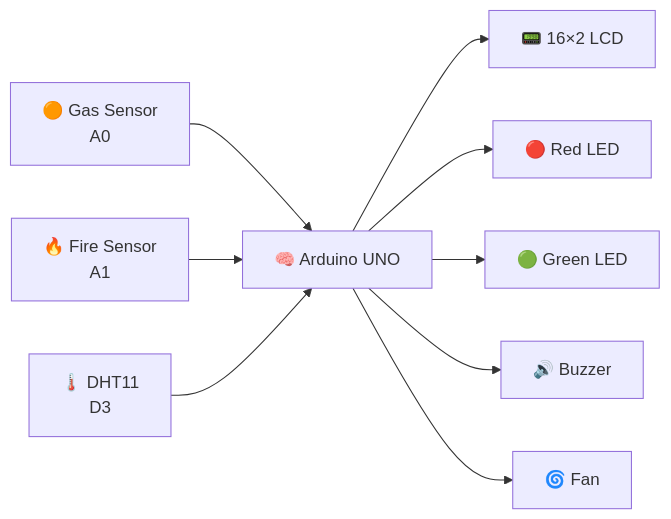
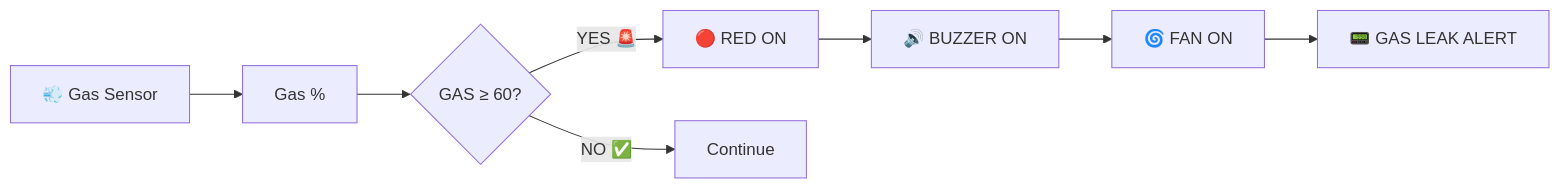
One commit to AkashAnnamalai/Kitchen-Monitoring-Systems changed the fourth of 16 diagrams in README.md. Above: the diagram before and after it, drawn with Mermaid. The commit also changed other lines of this file, not shown here.

````diff
--- a/README.md
+++ b/README.md
@@ -171,25 +223,12 @@
 ```mermaid
 flowchart LR
+    A["💨 Gas Sensor"] --> B["Gas %"]
+    B --> C{"GAS ≥ 60?"}
 
-    GAS["🟠 Gas Sensor<br/>A0"]
-    FIRE["🔥 Fire Sensor<br/>A1"]
-    DHT["🌡️ DHT11<br/>D3"]
+    C -- "YES 🚨" --> D["🔴 RED ON"]
+    D --> E["🔊 BUZZER ON"]
+    E --> F["🌀 FAN ON"]
+    F --> G["📟 GAS LEAK ALERT"]
 
-    ARDUINO["🧠 Arduino UNO"]
-
-    LCD["📟 16×2 LCD"]
-    RED["🔴 Red LED"]
-    GREEN["🟢 Green LED"]
-    BUZZER["🔊 Buzzer"]
-    FAN["🌀 Fan"]
-
-    GAS --> ARDUINO
-    FIRE --> ARDUINO
-    DHT --> ARDUINO
-
-    ARDUINO --> LCD
-    ARDUINO --> RED
-    ARDUINO --> GREEN
-    ARDUINO --> BUZZER
-    ARDUINO --> FAN
+    C -- "NO ✅" --> H["Continue"]
 ```
````
